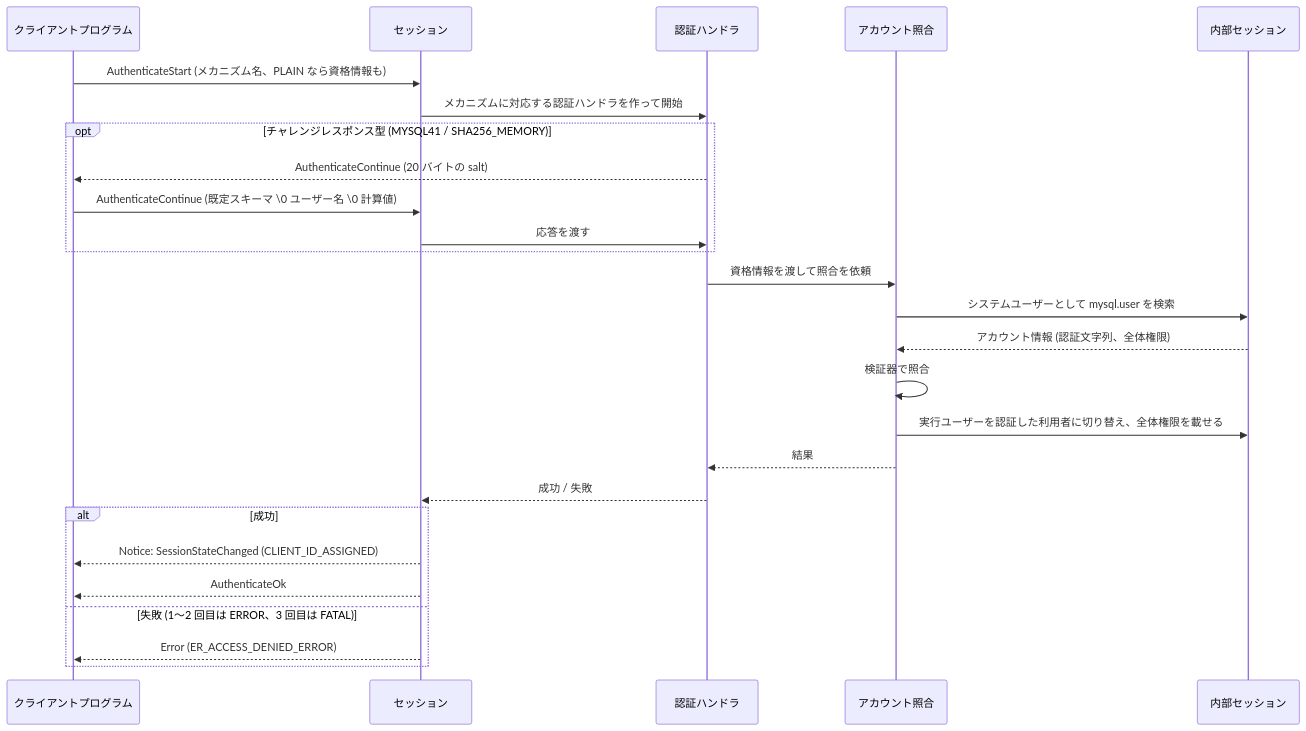
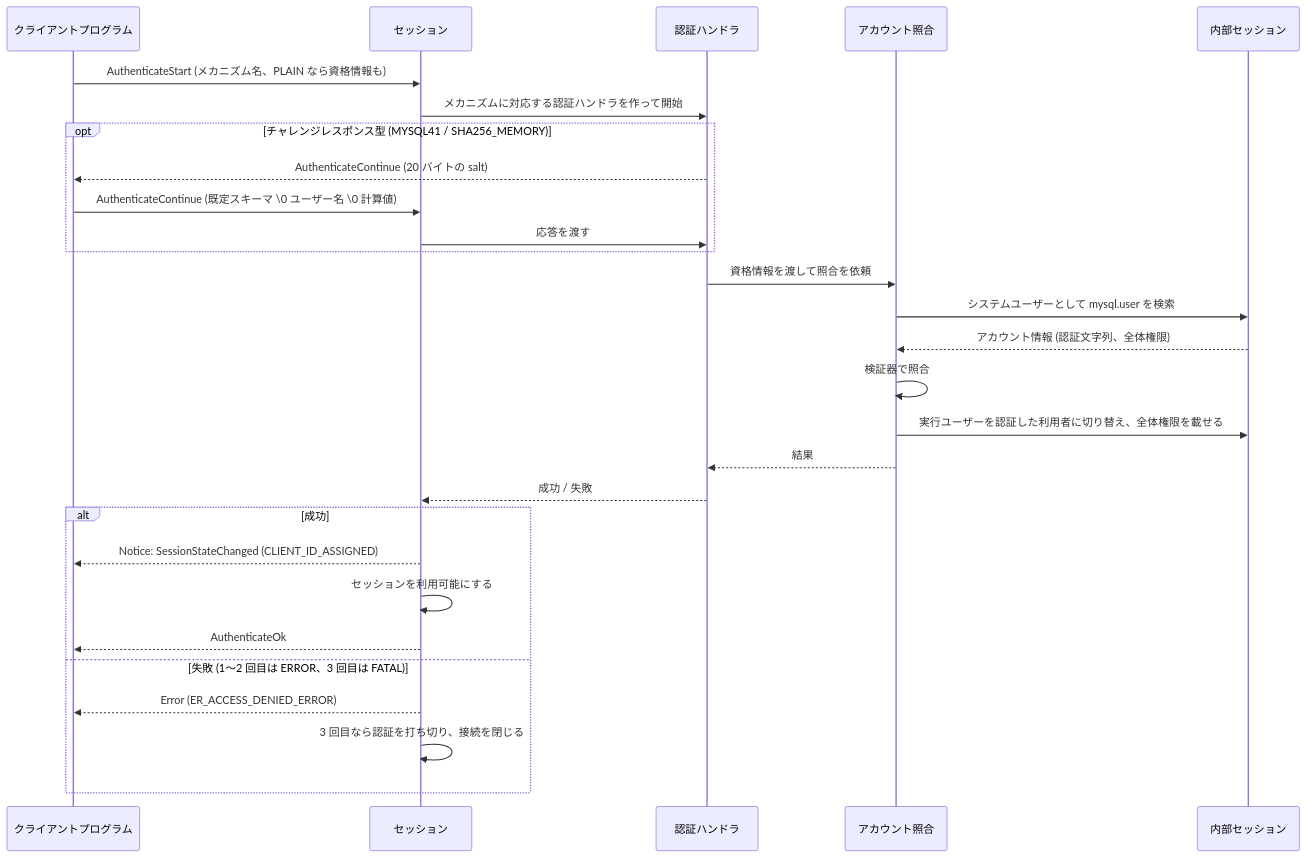
Before and after one commit to ren-yamanashi/minesql: the second of 2 diagrams in docs/specification/connection/authentication.md, drawn with Mermaid. The commit also changed other lines of this file and 1 other file, not shown here.

````diff
--- a/docs/specification/connection/authentication.md
+++ b/docs/specification/connection/authentication.md
@@ -79,28 +79,30 @@
 ```mermaid
 sequenceDiagram
     participant C as クライアントプログラム
     participant S as セッション
     participant A as 認証ハンドラ
     participant V as アカウント照合
     participant I as 内部セッション
     C->>S: AuthenticateStart (メカニズム名、PLAIN なら資格情報も)
     S->>A: メカニズムに対応する認証ハンドラを作って開始
     opt チャレンジレスポンス型 (MYSQL41 / SHA256_MEMORY)
         A-->>C: AuthenticateContinue (20 バイトの salt)
         C->>S: AuthenticateContinue (既定スキーマ \0 ユーザー名 \0 計算値)
         S->>A: 応答を渡す
     end
     A->>V: 資格情報を渡して照合を依頼
     V->>I: システムユーザーとして mysql.user を検索
     I-->>V: アカウント情報 (認証文字列、全体権限)
     V->>V: 検証器で照合
     V->>I: 実行ユーザーを認証した利用者に切り替え、全体権限を載せる
     V-->>A: 結果
     A-->>S: 成功 / 失敗
     alt 成功
         S-->>C: Notice: SessionStateChanged (CLIENT_ID_ASSIGNED)
+        S->>S: セッションを利用可能にする
         S-->>C: AuthenticateOk
     else 失敗 (1〜2 回目は ERROR、3 回目は FATAL)
         S-->>C: Error (ER_ACCESS_DENIED_ERROR)
+        S->>S: 3 回目なら認証を打ち切り、接続を閉じる
     end
 ```
````
